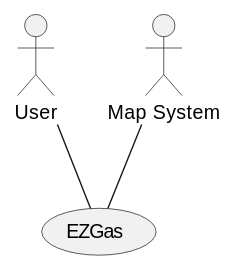
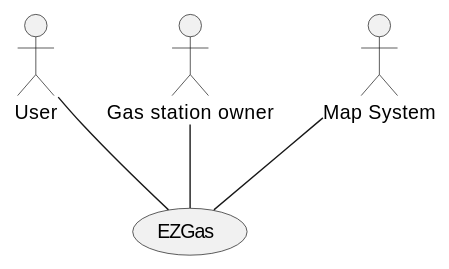
The diagram in REQ_s269095.md (SoftengPoliTo/Lab2), drawn with PlantUML before and after one commit. The commit also changed other lines of this file, not shown here.

Commit message:
Fix Requirements

````diff
--- a/REQ_s269095.md
+++ b/REQ_s269095.md
@@ -18,6 +20,8 @@
 ```plantuml
 actor User as U
+actor "Gas station owner" as G
 actor "Map System" as M
 U -- (EZGas)
+G -- (EZGas)
 M -- (EZGas)
 ```
````
